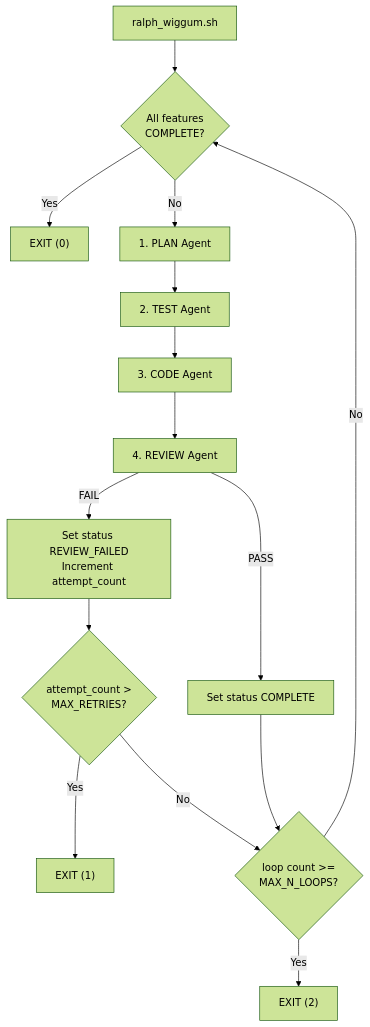
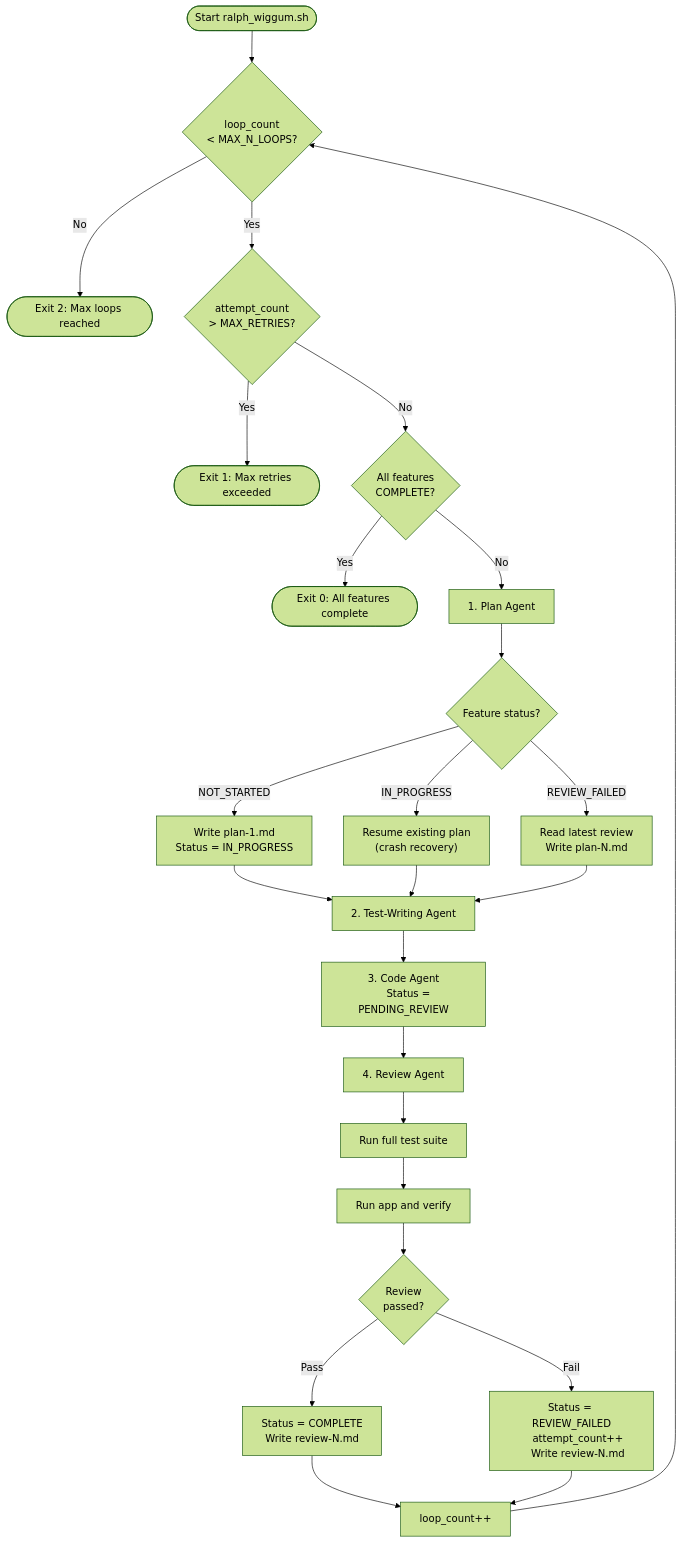
Before and after one commit to J-sephB-lt-n/ralph-wiggum: the diagram in README.md, drawn with Mermaid (forest theme).

Commit message:
docs(README.md): updated flowchart to match latest flow

````diff
--- a/README.md
+++ b/README.md
@@ -92,17 +92,40 @@
 ```mermaid
 flowchart TD
-    Start[ralph_wiggum.sh] --> CheckAllComplete{"All features\nCOMPLETE?"}
-    CheckAllComplete -->|Yes| ExitDone["EXIT (0)"]
-    CheckAllComplete -->|No| PlanAgent[1. PLAN Agent]
-    PlanAgent --> TestAgent[2. TEST Agent]
-    TestAgent --> CodeAgent[3. CODE Agent]
-    CodeAgent --> ReviewAgent[4. REVIEW Agent]
-    ReviewAgent -->|PASS| MarkComplete[Set status COMPLETE]
-    ReviewAgent -->|FAIL| MarkFailed["Set status REVIEW_FAILED\nIncrement attempt_count"]
-    MarkFailed --> CheckRetries{"attempt_count >\nMAX_RETRIES?"}
-    CheckRetries -->|Yes| EarlyExit["EXIT (1)"]
-    CheckRetries -->|No| CheckLoop
-    MarkComplete --> CheckLoop{"loop count >=\nMAX_N_LOOPS?"}
-    CheckLoop -->|Yes| ExitMaxLoops["EXIT (2)"]
-    CheckLoop -->|No| CheckAllComplete
+    Start([Start ralph_wiggum.sh]) --> CheckLoops{loop_count <br> < MAX_N_LOOPS?}
+
+    CheckLoops -- No --> ExitLoops([Exit 2: Max loops reached])
+    CheckLoops -- Yes --> CheckRetries{attempt_count <br> > MAX_RETRIES?}
+    CheckRetries -- Yes --> ExitRetries([Exit 1: Max retries exceeded])
+    CheckRetries -- No --> CheckComplete{All features <br> COMPLETE?}
+    CheckComplete -- Yes --> ExitDone([Exit 0: All features complete])
+    CheckComplete -- No --> Plan
+
+    Plan[1. Plan Agent] --> PlanBranch{Feature status?}
+    PlanBranch -- NOT_STARTED --> NewPlan["Write plan-1.md
+    Status = IN_PROGRESS"]
+    PlanBranch -- IN_PROGRESS --> Resume["Resume existing plan
+    (crash recovery)"]
+    PlanBranch -- REVIEW_FAILED --> Replan["Read latest review
+    Write plan-N.md"]
+
+    NewPlan --> Test
+    Resume --> Test
+    Replan --> Test
+
+    Test[2. Test-Writing Agent] --> Code["3. Code Agent
+    Status = PENDING_REVIEW"]
+    Code --> Review[4. Review Agent]
+
+    Review --> RunTests[Run full test suite]
+    RunTests --> TryApp[Run app and verify]
+    TryApp --> Result{Review <br> passed?}
+    Result -- Pass --> Pass["Status = COMPLETE
+    Write review-N.md"]
+    Result -- Fail --> Fail["Status = REVIEW_FAILED
+    attempt_count++
+    Write review-N.md"]
+
+    Pass --> IncLoop[loop_count++]
+    Fail --> IncLoop
+    IncLoop --> CheckLoops
 ```
````
